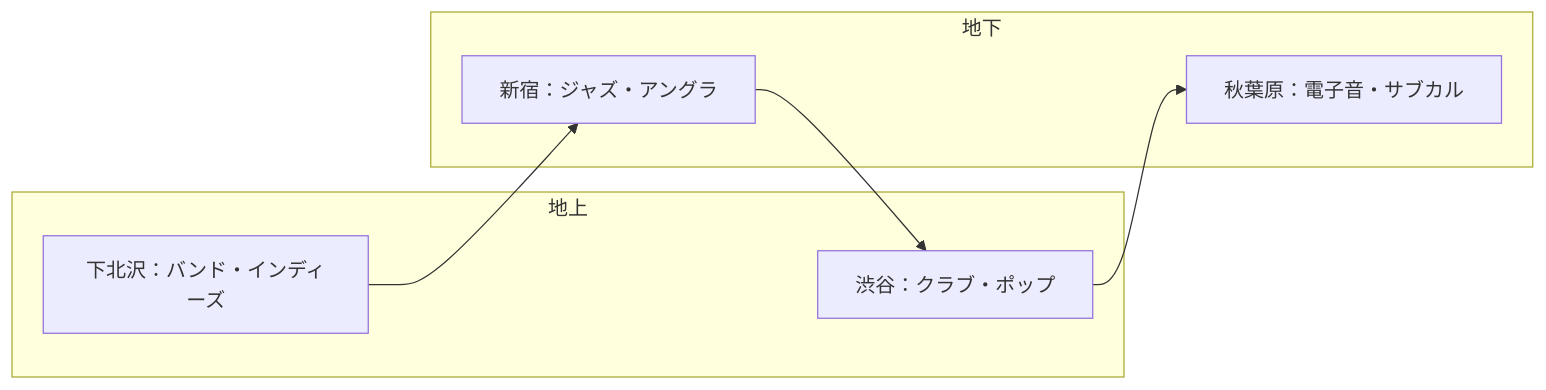
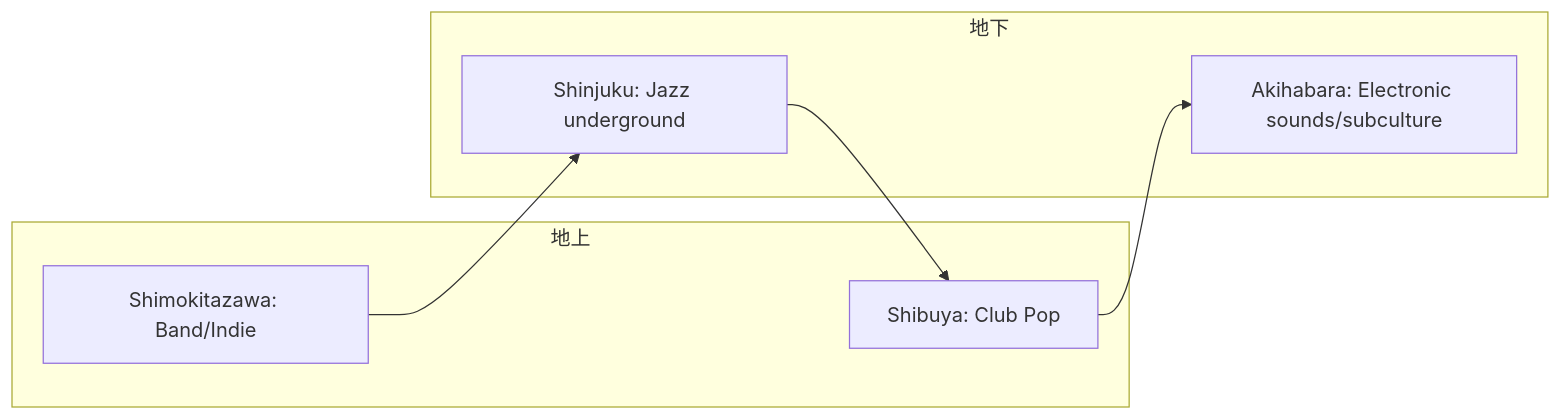
The second of 2 diagrams in en/_posts/2025-10-23-column-tokyo-sound-layers.md (monumental-movement/monumental-movement.github.io), drawn with Mermaid before and after one commit. The commit also changed other lines of this file and 152 other files, not shown here.

```diff
--- a/en/_posts/2025-10-23-column-tokyo-sound-layers.md
+++ b/en/_posts/2025-10-23-column-tokyo-sound-layers.md
@@ -152,17 +152,17 @@
 <div class="mermaid">
 
 graph LR
     subgraph 地上
-        Shibuya["渋谷：クラブ・ポップ"]
-        Shimokita["下北沢：バンド・インディーズ"]
+        Shibuya["Shibuya: Club Pop"]
+        Shimokita["Shimokitazawa: Band/Indie"]
     end
     subgraph 地下
-        Shinjuku["新宿：ジャズ・アングラ"]
-        Akiba["秋葉原：電子音・サブカル"]
+        Shinjuku["Shinjuku: Jazz underground"]
+        Akiba["Akihabara: Electronic sounds/subculture"]
     end
 
     Shibuya --> Akiba
     Shimokita --> Shinjuku
     Shinjuku --> Shibuya
 
 </div>
```
